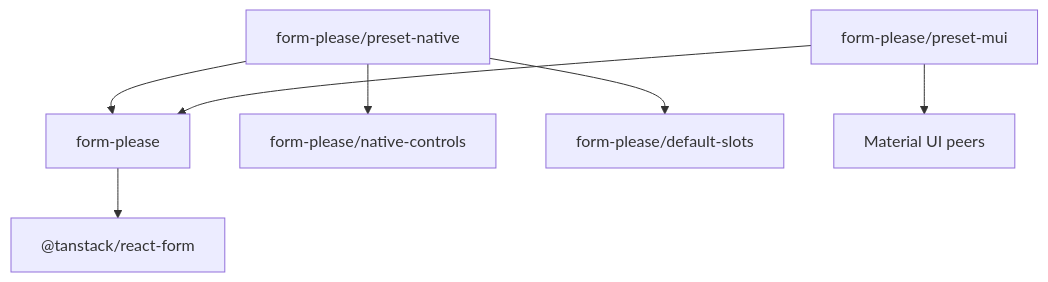
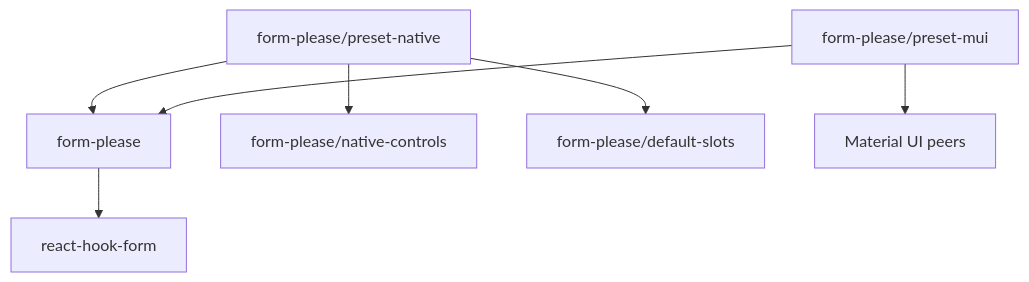
Before and after one commit to r13v/fokit: the diagram in docs/ARCHITECTURE.md, drawn with Mermaid. The commit also changed other lines of this file and 85 other files, not shown here.

````diff
--- a/docs/ARCHITECTURE.md
+++ b/docs/ARCHITECTURE.md
@@ -23,9 +23,9 @@
 ```mermaid
 flowchart TD
-    Root["form-please"] --> TanStack["@tanstack/react-form"]
+    Root["form-please"] --> RHF["react-hook-form"]
     NativePreset["form-please/preset-native"] --> Root
     NativePreset --> NativeControls["form-please/native-controls"]
     NativePreset --> DefaultSlots["form-please/default-slots"]
     MuiPreset["form-please/preset-mui"] --> Root
     MuiPreset --> Mui["Material UI peers"]
 ```
````
